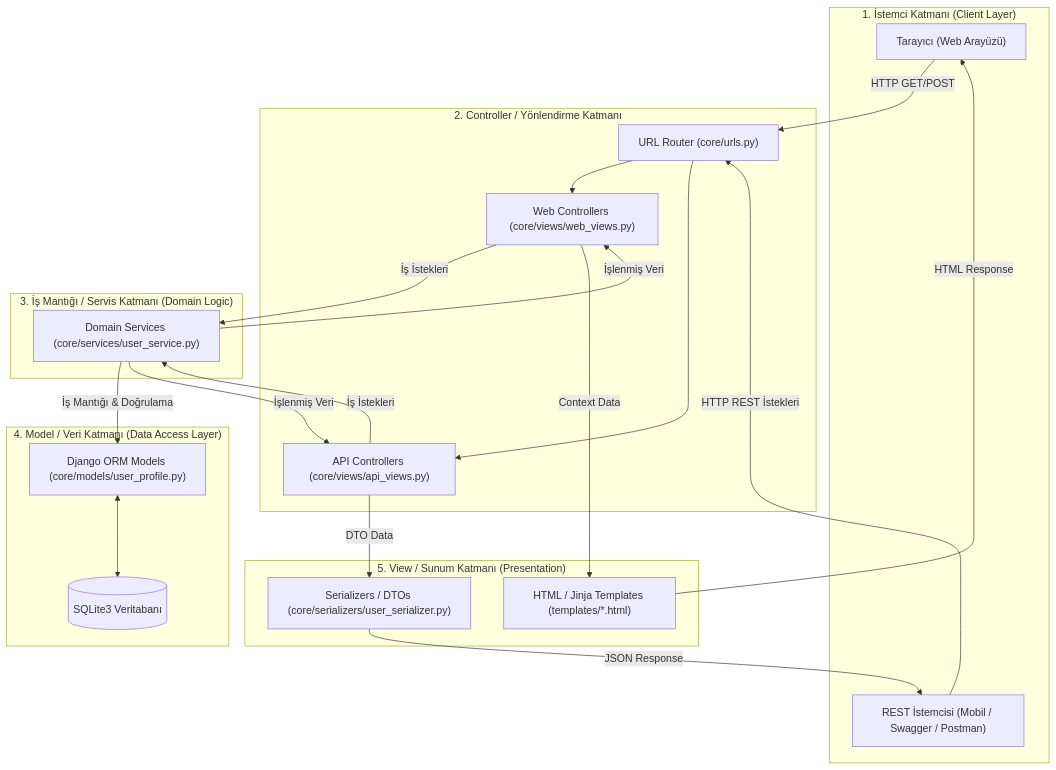
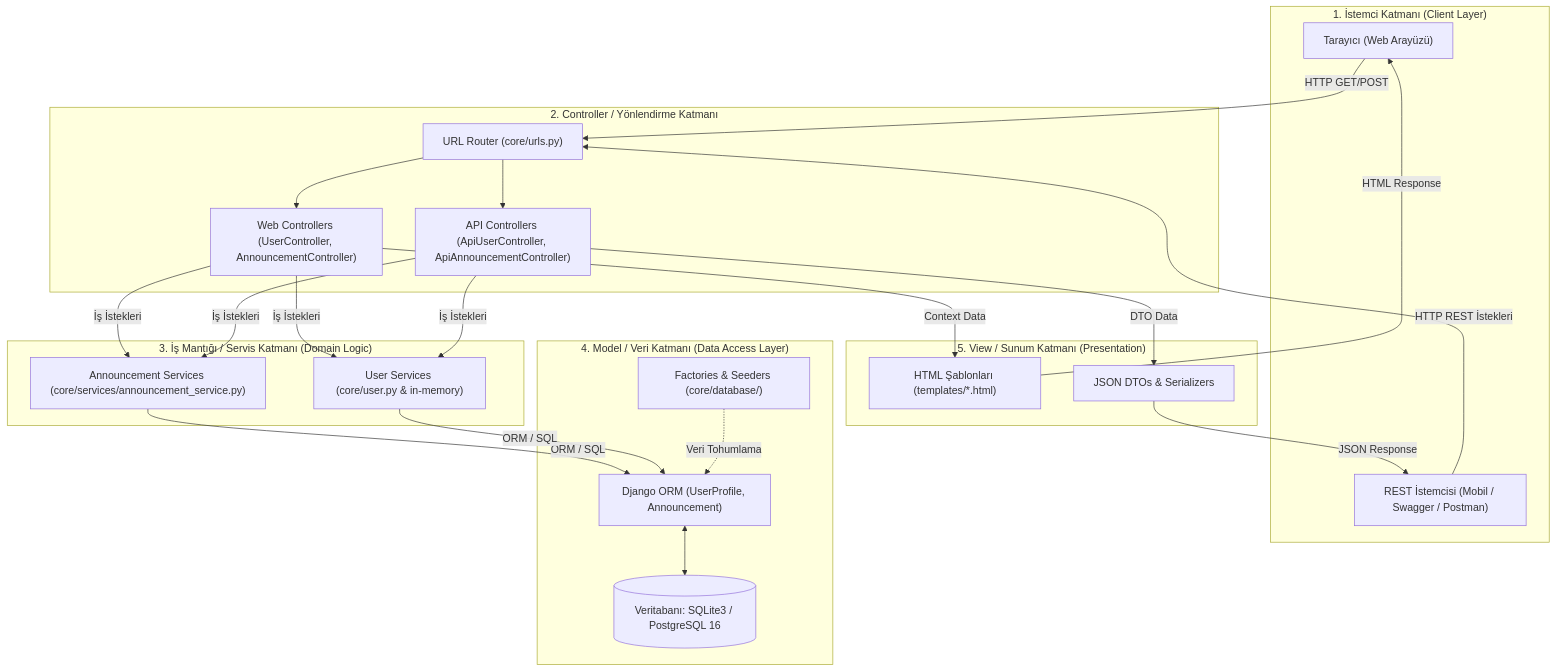
The diagram in README.md (BahaBadem/alumni), drawn with Mermaid before and after one commit. The commit also changed other lines of this file and 35 other files, not shown here.

````diff
--- a/README.md
+++ b/README.md
@@ -46,48 +51,51 @@
 ```mermaid
 flowchart TD
     subgraph ClientLayer ["1. İstemci Katmanı (Client Layer)"]
         Browser["Tarayıcı (Web Arayüzü)"]
         ApiClient["REST İstemcisi (Mobil / Swagger / Postman)"]
     end
 
     subgraph ControllerLayer ["2. Controller / Yönlendirme Katmanı"]
         Urls["URL Router (core/urls.py)"]
-        WebControllers["Web Controllers (core/views/web_views.py)"]
-        ApiControllers["API Controllers (core/views/api_views.py)"]
+        WebControllers["Web Controllers (UserController, AnnouncementController)"]
+        ApiControllers["API Controllers (ApiUserController, ApiAnnouncementController)"]
     end
 
     subgraph ServiceLayer ["3. İş Mantığı / Servis Katmanı (Domain Logic)"]
-        Services["Domain Services (core/services/user_service.py)"]
+        UserServices["User Services (core/user.py & in-memory)"]
+        AnnServices["Announcement Services (core/services/announcement_service.py)"]
     end
 
     subgraph ModelLayer ["4. Model / Veri Katmanı (Data Access Layer)"]
-        Models["Django ORM Models (core/models/user_profile.py)"]
-        Database[("SQLite3 Veritabanı")]
+        ORMModels["Django ORM (UserProfile, Announcement)"]
+        Database[("Veritabanı: SQLite3 / PostgreSQL 16")]
+        Factories["Factories & Seeders (core/database/)"]
     end
 
     subgraph PresentationLayer ["5. View / Sunum Katmanı (Presentation)"]
-        Templates["HTML / Jinja Templates (templates/*.html)"]
-        Serializers["Serializers / DTOs (core/serializers/user_serializer.py)"]
+        Templates["HTML Şablonları (templates/*.html)"]
+        Serializers["JSON DTOs & Serializers"]
     end
 
     Browser -->|HTTP GET/POST| Urls
     ApiClient -->|HTTP REST İstekleri| Urls
 
     Urls --> WebControllers
     Urls --> ApiControllers
 
-    WebControllers -->|İş İstekleri| Services
-    ApiControllers -->|İş İstekleri| Services
+    WebControllers -->|İş İstekleri| AnnServices
+    WebControllers -->|İş İstekleri| UserServices
+    ApiControllers -->|İş İstekleri| AnnServices
+    ApiControllers -->|İş İstekleri| UserServices
 
-    Services -->|İş Mantığı & Doğrulama| Models
-    Models <--> Database
-
-    Services -->|İşlenmiş Veri| WebControllers
-    Services -->|İşlenmiş Veri| ApiControllers
+    AnnServices -->|ORM / SQL| ORMModels
+    UserServices -->|ORM / SQL| ORMModels
+    Factories -.->|Veri Tohumlama| ORMModels
+    ORMModels <--> Database
 
     WebControllers -->|Context Data| Templates
     ApiControllers -->|DTO Data| Serializers
 
     Templates -->|HTML Response| Browser
     Serializers -->|JSON Response| ApiClient
 ```
````
